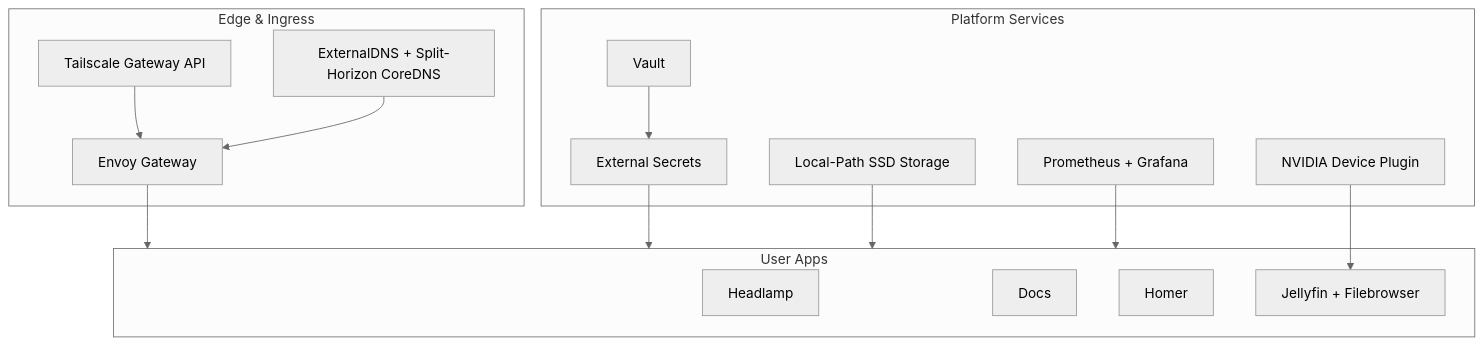
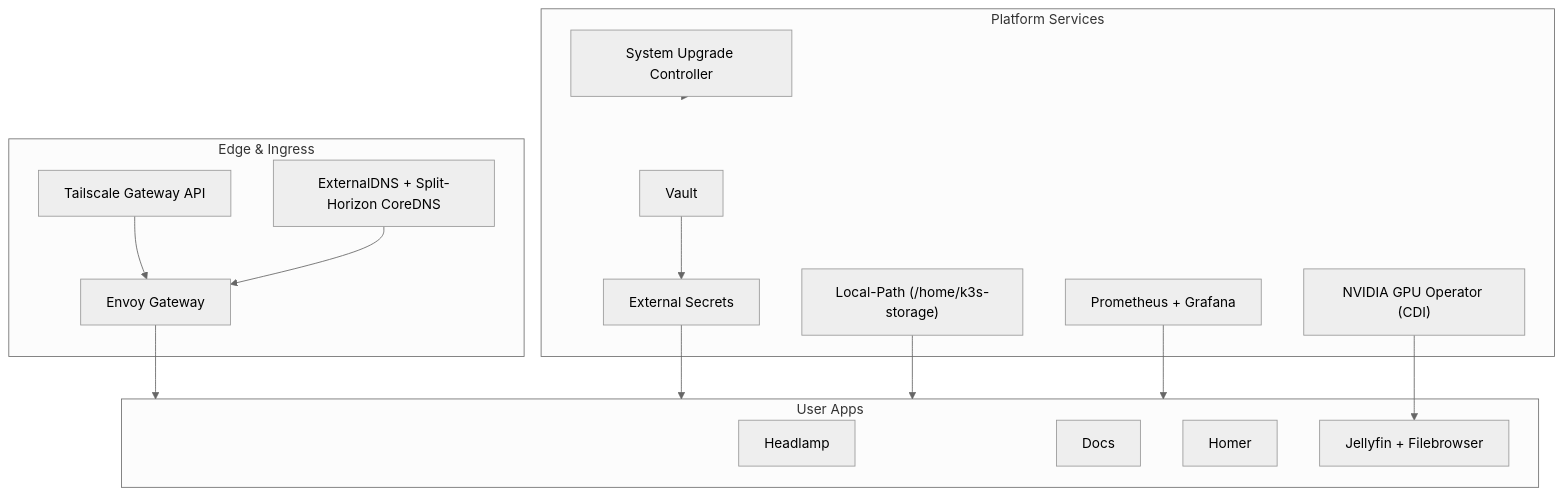
One commit to nsudhanva/homelab changed the second of 4 diagrams in README.md. Above: the diagram before and after it, drawn with Mermaid (neutral theme). The commit also changed other lines of this file and 40 other files, not shown here.

````diff
--- a/README.md
+++ b/README.md
@@ -77,32 +81,34 @@
 ```mermaid
 flowchart TB
   subgraph Edge["Edge & Ingress"]
     Tailscale["Tailscale Gateway API"]
     Envoy["Envoy Gateway"]
     DNS["ExternalDNS + Split-Horizon CoreDNS"]
   end
 
   subgraph Platform["Platform Services"]
     Vault["Vault"]
     ESO["External Secrets"]
-    Storage["Local-Path SSD Storage"]
+    Storage["Local-Path (/home/k3s-storage)"]
     Metrics["Prometheus + Grafana"]
-    NVIDIA["NVIDIA Device Plugin"]
+    NVIDIA["NVIDIA GPU Operator (CDI)"]
+    SUC["System Upgrade Controller"]
   end
 
   subgraph Apps["User Apps"]
     Headlamp["Headlamp"]
     Docs["Docs"]
     Homer["Homer"]
     Media["Jellyfin + Filebrowser"]
   end
 
   Tailscale --> Envoy
   DNS --> Envoy
   Envoy --> Apps
   Vault --> ESO
   ESO --> Apps
   Storage --> Apps
   Metrics --> Apps
   NVIDIA --> Media
+  SUC --> Platform
 ```
````
